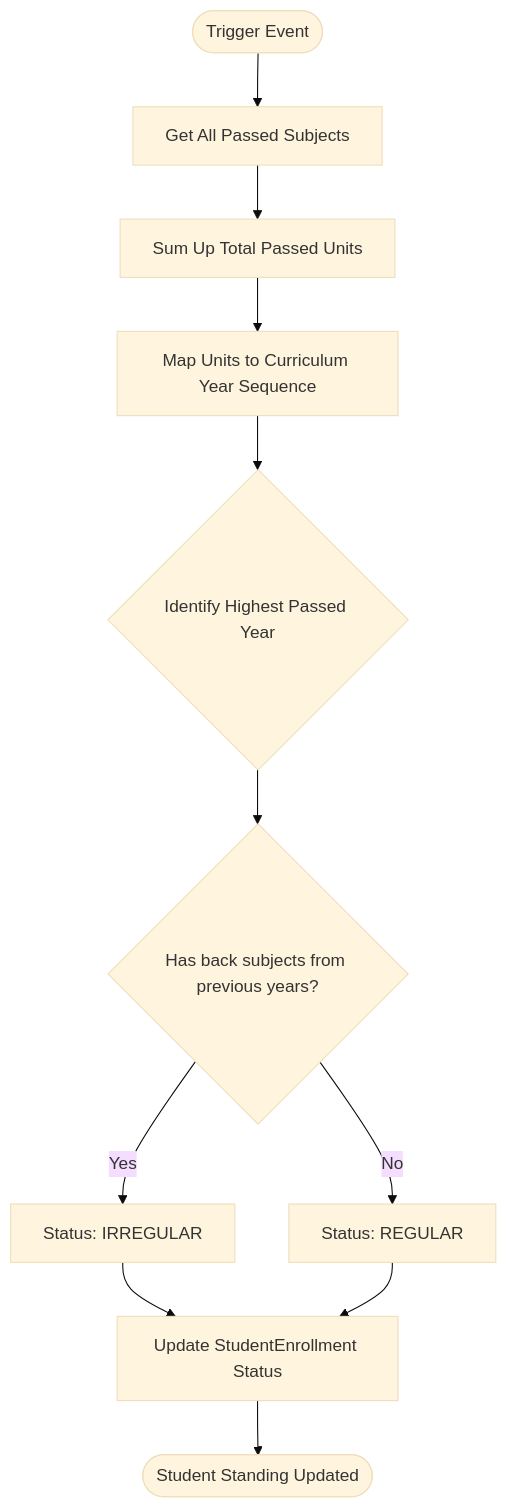
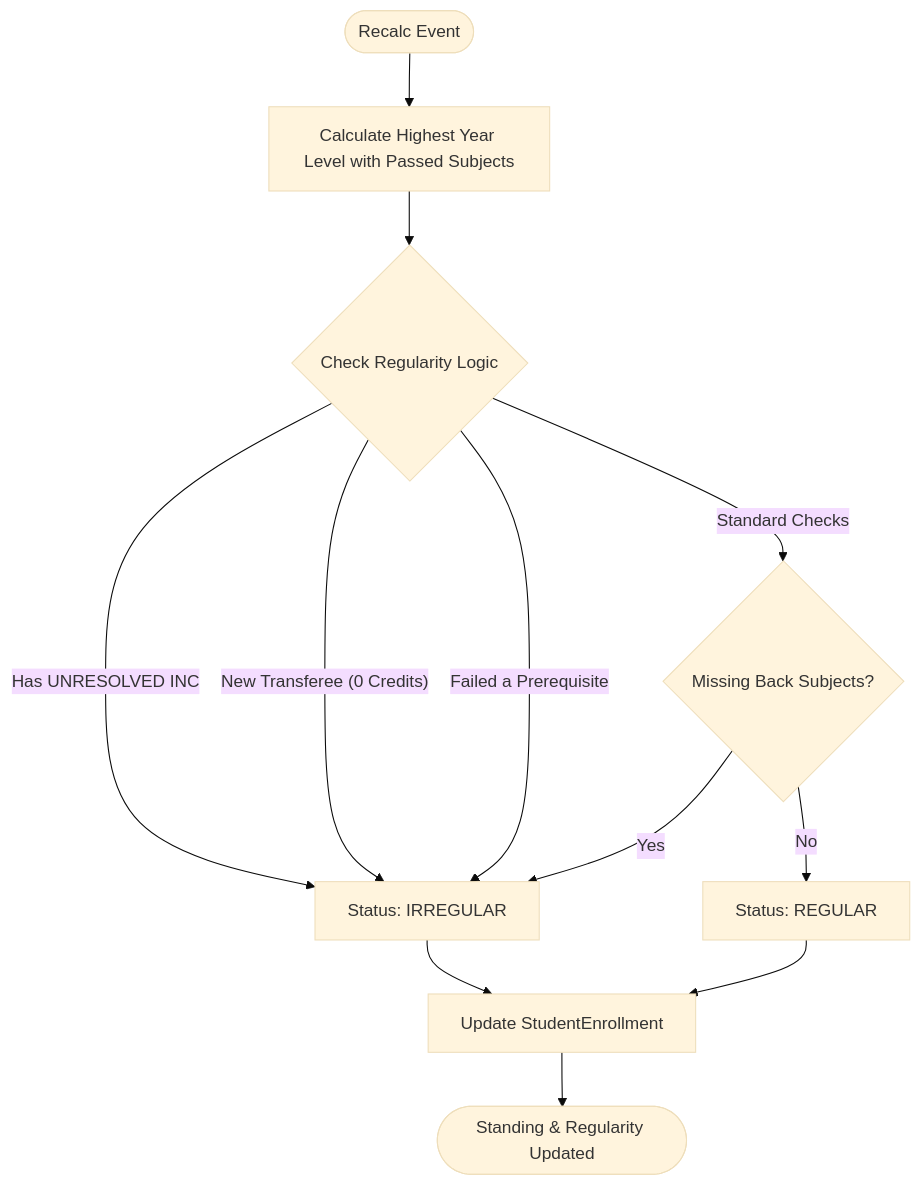
Before and after one commit to property360-2/richwell-potal: the diagram in docs/flowcharts/student-standing.md, drawn with Mermaid (base theme). The commit also changed other lines of this file and 9 other files, not shown here.

Commit message:
pinagsama ko yung ibang mga flowcharts

````diff
--- a/docs/flowcharts/student-standing.md
+++ b/docs/flowcharts/student-standing.md
@@ -5,17 +5,18 @@
 ```mermaid
 graph TD
-    Start([Trigger Event]) --> GetPassed[Get All Passed Subjects]
-    GetPassed --> CalcUnits[Sum Up Total Passed Units]
+    Start([Recalc Event]) --> CalcYear[Calculate Highest Year Level with Passed Subjects]
+    CalcYear --> Regularity{Check Regularity Logic}
     
-    CalcUnits --> MapYearLevel[Map Units to Curriculum Year Sequence]
-    MapYearLevel --> HighestYear{Identify Highest Passed Year}
+    Regularity -- "Has UNRESOLVED INC" --> Irregular[Status: IRREGULAR]
+    Regularity -- "New Transferee (0 Credits)" --> Irregular
+    Regularity -- "Failed a Prerequisite" --> Irregular
     
-    HighestYear --> RegularityCheck{Has back subjects from previous years?}
-    RegularityCheck -- "Yes" --> SetIrregular[Status: IRREGULAR]
-    RegularityCheck -- "No" --> SetRegular[Status: REGULAR]
+    Regularity -- "Standard Checks" --> BackSubjectCheck{Missing Back Subjects?}
+    BackSubjectCheck -- "Yes" --> Irregular
+    BackSubjectCheck -- "No" --> Regular[Status: REGULAR]
     
-    SetIrregular --> SaveStanding[Update StudentEnrollment Status]
-    SetRegular --> SaveStanding
+    Irregular --> Save[Update StudentEnrollment]
+    Regular --> Save
     
-    SaveStanding --> End([Student Standing Updated])
+    Save --> End([Standing & Regularity Updated])
 ```
````
